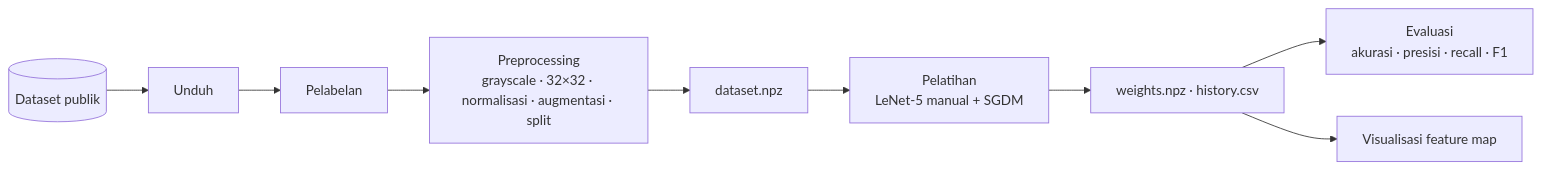
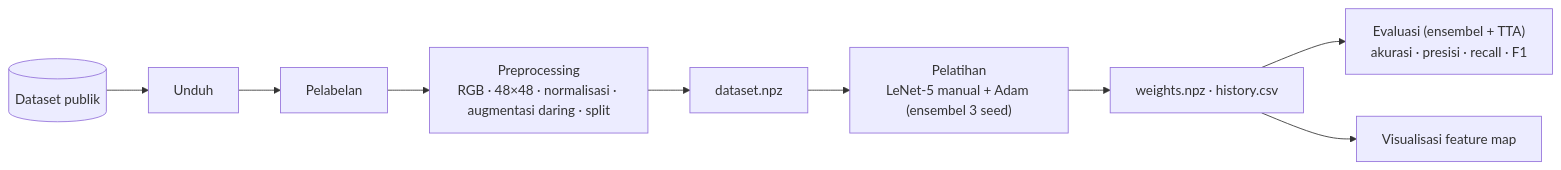
Before and after one commit to arisros/pothole-detection: the second of 4 diagrams in makalah/makalah-deteksi-jalan-berlubang-cnn.md, drawn with Mermaid. The commit also changed other lines of this file and 9 other files, not shown here.

````diff
--- a/makalah/makalah-deteksi-jalan-berlubang-cnn.md
+++ b/makalah/makalah-deteksi-jalan-berlubang-cnn.md
@@ -367,11 +372,11 @@
 ```mermaid
 flowchart LR
     A[("Dataset publik")] --> B["Unduh"]
     B --> C["Pelabelan"]
-    C --> D["Preprocessing<br/>grayscale · 32×32 · normalisasi · augmentasi · split"]
+    C --> D["Preprocessing<br/>RGB · 48×48 · normalisasi · augmentasi daring · split"]
     D --> E["dataset.npz"]
-    E --> F["Pelatihan<br/>LeNet-5 manual + SGDM"]
+    E --> F["Pelatihan<br/>LeNet-5 manual + Adam (ensembel 3 seed)"]
     F --> G["weights.npz · history.csv"]
-    G --> H["Evaluasi<br/>akurasi · presisi · recall · F1"]
+    G --> H["Evaluasi (ensembel + TTA)<br/>akurasi · presisi · recall · F1"]
     G --> I["Visualisasi feature map"]
 ```
````
